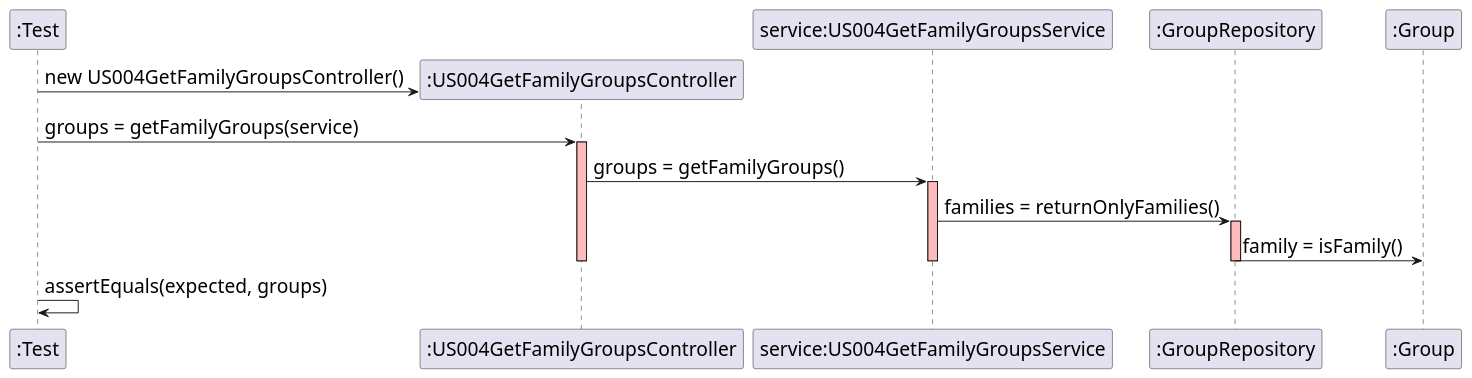
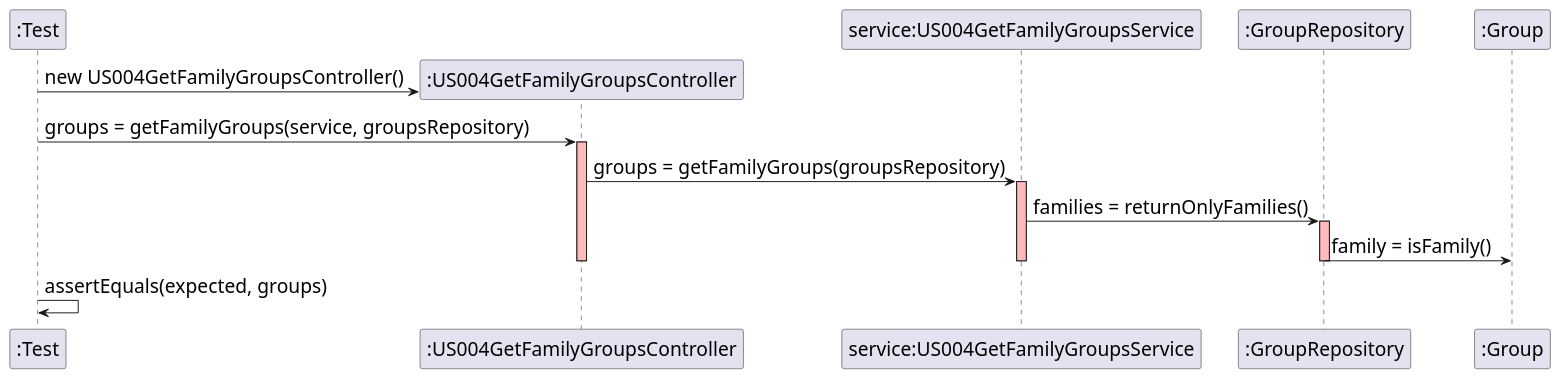
Before and after one commit to mleitaoribeiro/DevOpsMaven: the diagram in src/main/java/switch2019/project/controllers/US004GetFamilyGroupsSD.puml, drawn with PlantUML.

Commit message:
ref#680 Sprint 4 - DDD Refactoring - Sequence Diagram US004 review

```diff
--- a/src/main/java/switch2019/project/controllers/US004GetFamilyGroupsSD.puml
+++ b/src/main/java/switch2019/project/controllers/US004GetFamilyGroupsSD.puml
@@ -1,28 +1,28 @@
 @startuml
 skinparam DefaultFontSize 20
 participant ":Test"
 create ":US004GetFamilyGroupsController"
 
 ":Test" -> ":US004GetFamilyGroupsController" : new US004GetFamilyGroupsController()
-":Test" -> ":US004GetFamilyGroupsController" : groups = getFamilyGroups(service)
+":Test" -> ":US004GetFamilyGroupsController" : groups = getFamilyGroups(service, groupsRepository)
 activate ":US004GetFamilyGroupsController" #FFBBBB
 
 participant "service:US004GetFamilyGroupsService"
-":US004GetFamilyGroupsController" -> "service:US004GetFamilyGroupsService" : groups = getFamilyGroups()
+":US004GetFamilyGroupsController" -> "service:US004GetFamilyGroupsService" : groups = getFamilyGroups(groupsRepository)
 activate "service:US004GetFamilyGroupsService" #FFBBBB
 
 participant ":GroupRepository"
 "service:US004GetFamilyGroupsService" -> ":GroupRepository" : families = returnOnlyFamilies()
 activate ":GroupRepository" #FFBBBB
 
 participant ":Group"
 ":GroupRepository" -> ":Group" : family = isFamily()
 deactivate ":US004GetFamilyGroupsController"
 deactivate "service:US004GetFamilyGroupsService"
 deactivate ":GroupRepository"
 
 
 ":Test" -> ":Test" : assertEquals(expected, groups)
 
 
 @enduml
```
